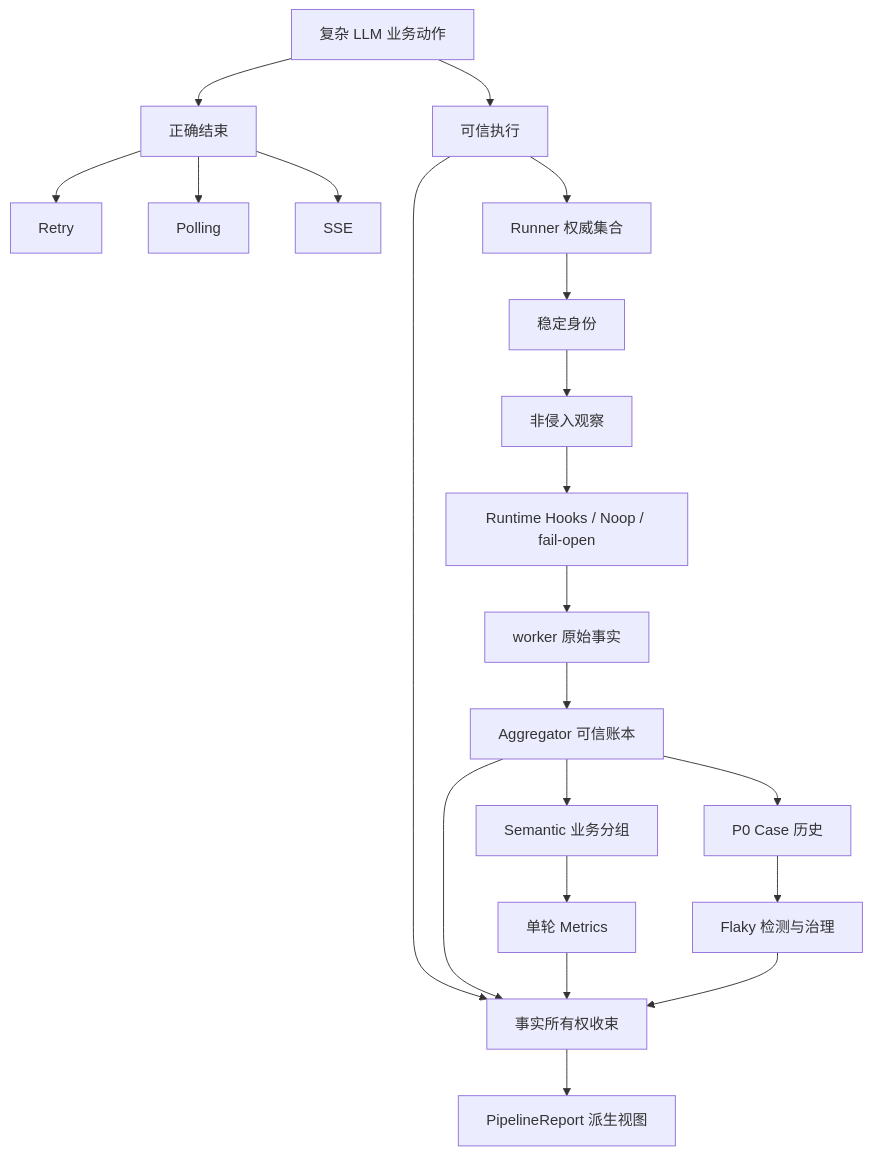
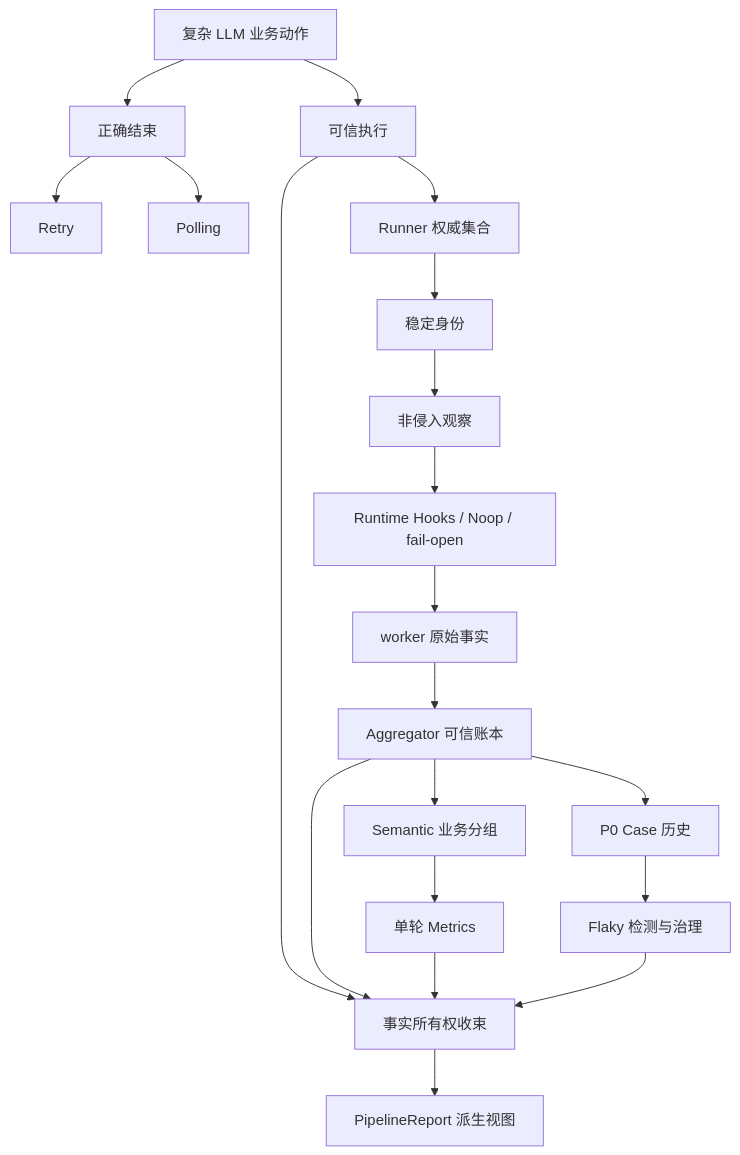
The diagram in course/核心/框架亮点设计课程大纲.md (wjy801/llm_api_case), drawn with Mermaid before and after one commit. The commit also changed other lines of this file and 12 other files, not shown here.

```diff
--- a/course/核心/框架亮点设计课程大纲.md
+++ b/course/核心/框架亮点设计课程大纲.md
@@ -64,27 +66,26 @@
 ~~~mermaid
 flowchart TD
     A[复杂 LLM 业务动作] --> B[正确结束]
     B --> B1[Retry]
     B --> B2[Polling]
-    B --> B3[SSE]
 
     A --> C[可信执行]
     C --> C1[Runner 权威集合]
     C1 --> C2[稳定身份]
 
     C2 --> D[非侵入观察]
     D --> D1[Runtime Hooks / Noop / fail-open]
     D1 --> E[worker 原始事实]
     E --> F[Aggregator 可信账本]
 
     F --> G[Semantic 业务分组]
     G --> H[单轮 Metrics]
     F --> I[P0 Case 历史]
     I --> J[Flaky 检测与治理]
 
     C --> K[事实所有权收束]
     F --> K
     H --> K
     J --> K
     K --> L[PipelineReport 派生视图]
 ~~~
```
